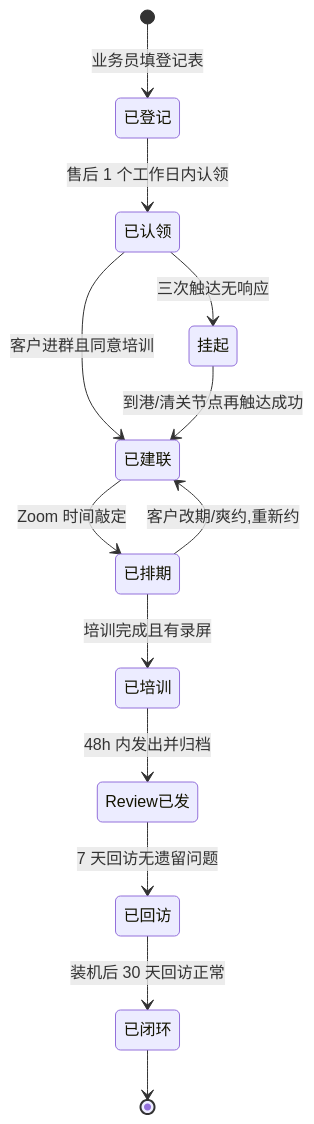
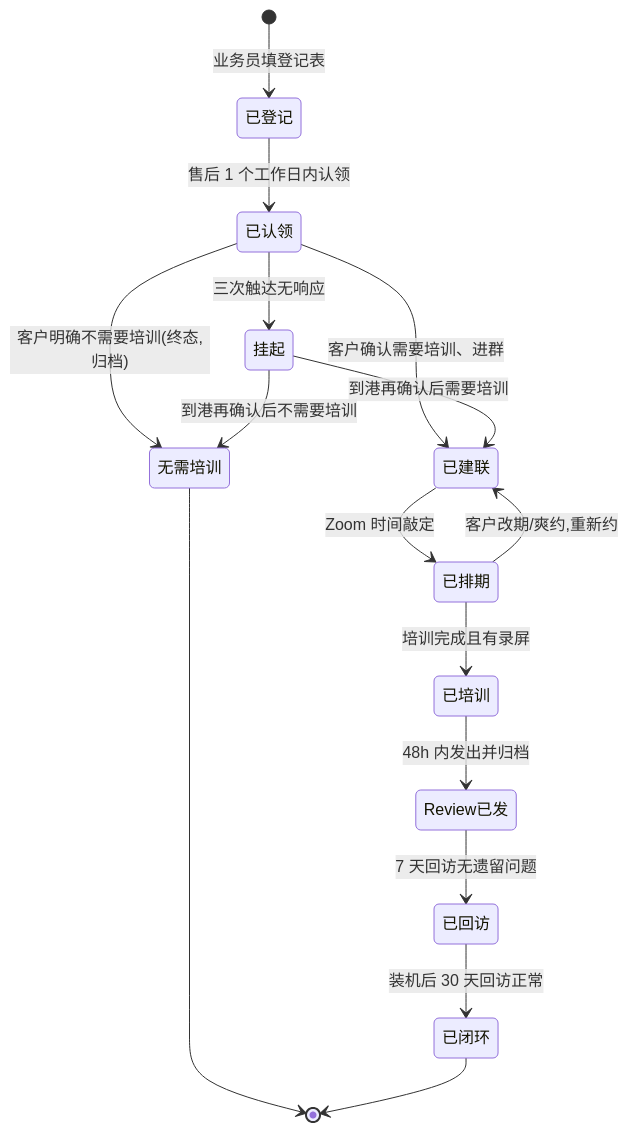
One commit to jasonhzp/hzp-s-test changed the second of 2 diagrams in 售后前置SOP.md. Above: the diagram before and after it, drawn with Mermaid. The commit also changed other lines of this file and 4 other files, not shown here.

````diff
--- a/售后前置SOP.md
+++ b/售后前置SOP.md
@@ -224,15 +237,18 @@
 ```mermaid
 stateDiagram-v2
     [*] --> 已登记: 业务员填登记表
     已登记 --> 已认领: 售后 1 个工作日内认领
-    已认领 --> 已建联: 客户进群且同意培训
+    已认领 --> 无需培训: 客户明确不需要培训(终态,归档)
+    已认领 --> 已建联: 客户确认需要培训、进群
     已认领 --> 挂起: 三次触达无响应
-    挂起 --> 已建联: 到港/清关节点再触达成功
+    挂起 --> 已建联: 到港再确认后需要培训
+    挂起 --> 无需培训: 到港再确认后不需要培训
+    无需培训 --> [*]
     已建联 --> 已排期: Zoom 时间敲定
     已排期 --> 已培训: 培训完成且有录屏
     已排期 --> 已建联: 客户改期/爽约,重新约
     已培训 --> Review已发: 48h 内发出并归档
     Review已发 --> 已回访: 7 天回访无遗留问题
     已回访 --> 已闭环: 装机后 30 天回访正常
     已闭环 --> [*]
 ```
````
